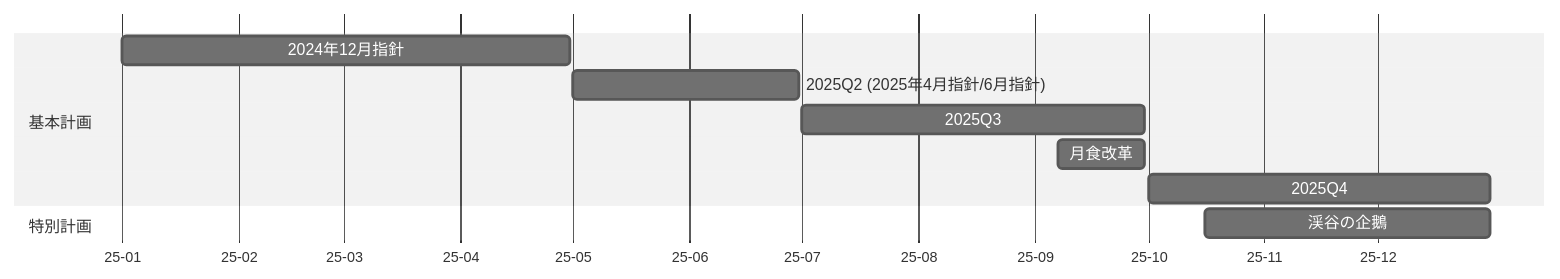
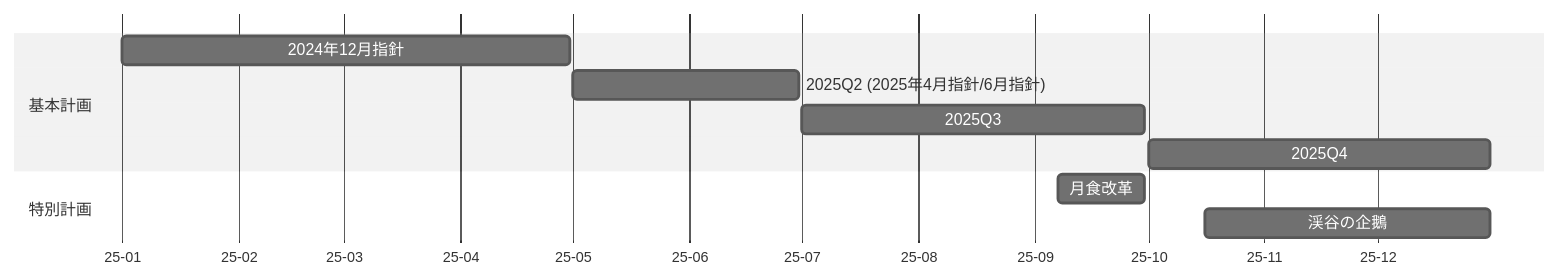
Before and after one commit to Lemon73-Computing/lemon73-computing.github.io: the fourth of 5 diagrams in static/archives/orgs-projects.md, drawn with Mermaid (neutral theme). The commit also changed other lines of this file and 1 other file, not shown here.

````diff
--- a/static/archives/orgs-projects.md
+++ b/static/archives/orgs-projects.md
@@ -50,16 +50,16 @@
 ```mermaid
 gantt
 
 dateFormat YYYY-MM-DD
 axisFormat %y-%m
 
 section 基本計画
   2024年12月指針:                   q1,     2025-01-01, 2025-04-30
   2025Q2 (2025年4月指針/6月指針):   q2,     2025-05-01, 2025-06-30
   2025Q3:                           q3,     2025-07-01, 2025-09-30
-  月食改革:                         luna,   2025-09-07, 2025-09-30
   2025Q4:                           q4,     2025-10-01, 2025-12-31
 
 section 特別計画
-  渓谷の企鵝: gulch,  2025-10-16, 2025-12-31
+  月食改革:                         luna,   2025-09-07, 2025-09-30
+  渓谷の企鵝:                       gulch,  2025-10-16, 2025-12-31
 ```
````
